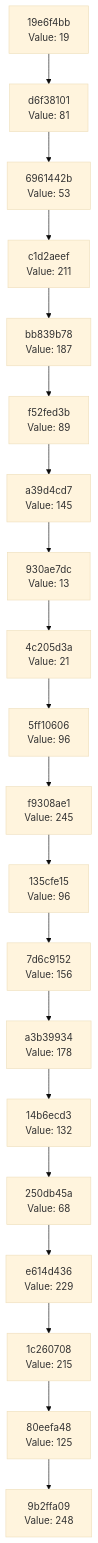
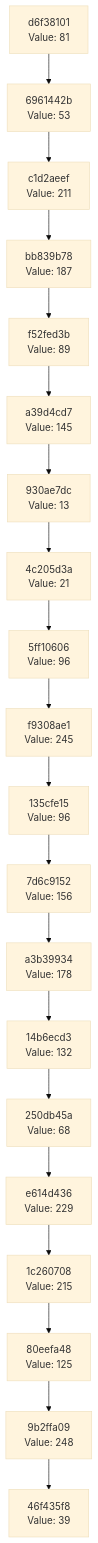
The diagram in docs/CHAIN_VISUALIZATION.md (Abhisheksinha1506/hash-chain-evolver), drawn with Mermaid (base theme) before and after one commit. The commit also changed 2 other files, not shown here.

Commit message:
Evolution step: hash 0x27 → action executed

````diff
--- a/docs/CHAIN_VISUALIZATION.md
+++ b/docs/CHAIN_VISUALIZATION.md
@@ -3,42 +3,42 @@
 ```mermaid
 graph TD
-    C0["9b2ffa09<br/>Value: 248"]
-    C1["80eefa48<br/>Value: 125"]
+    C0["46f435f8<br/>Value: 39"]
+    C1["9b2ffa09<br/>Value: 248"]
     C1 --> C0
-    C2["1c260708<br/>Value: 215"]
+    C2["80eefa48<br/>Value: 125"]
     C2 --> C1
-    C3["e614d436<br/>Value: 229"]
+    C3["1c260708<br/>Value: 215"]
     C3 --> C2
-    C4["250db45a<br/>Value: 68"]
+    C4["e614d436<br/>Value: 229"]
     C4 --> C3
-    C5["14b6ecd3<br/>Value: 132"]
+    C5["250db45a<br/>Value: 68"]
     C5 --> C4
-    C6["a3b39934<br/>Value: 178"]
+    C6["14b6ecd3<br/>Value: 132"]
     C6 --> C5
-    C7["7d6c9152<br/>Value: 156"]
+    C7["a3b39934<br/>Value: 178"]
     C7 --> C6
-    C8["135cfe15<br/>Value: 96"]
+    C8["7d6c9152<br/>Value: 156"]
     C8 --> C7
-    C9["f9308ae1<br/>Value: 245"]
+    C9["135cfe15<br/>Value: 96"]
     C9 --> C8
-    C10["5ff10606<br/>Value: 96"]
+    C10["f9308ae1<br/>Value: 245"]
     C10 --> C9
-    C11["4c205d3a<br/>Value: 21"]
+    C11["5ff10606<br/>Value: 96"]
     C11 --> C10
-    C12["930ae7dc<br/>Value: 13"]
+    C12["4c205d3a<br/>Value: 21"]
     C12 --> C11
-    C13["a39d4cd7<br/>Value: 145"]
+    C13["930ae7dc<br/>Value: 13"]
     C13 --> C12
-    C14["f52fed3b<br/>Value: 89"]
+    C14["a39d4cd7<br/>Value: 145"]
     C14 --> C13
-    C15["bb839b78<br/>Value: 187"]
+    C15["f52fed3b<br/>Value: 89"]
     C15 --> C14
-    C16["c1d2aeef<br/>Value: 211"]
+    C16["bb839b78<br/>Value: 187"]
     C16 --> C15
-    C17["6961442b<br/>Value: 53"]
+    C17["c1d2aeef<br/>Value: 211"]
     C17 --> C16
-    C18["d6f38101<br/>Value: 81"]
+    C18["6961442b<br/>Value: 53"]
     C18 --> C17
-    C19["19e6f4bb<br/>Value: 19"]
+    C19["d6f38101<br/>Value: 81"]
     C19 --> C18
 ```
````
